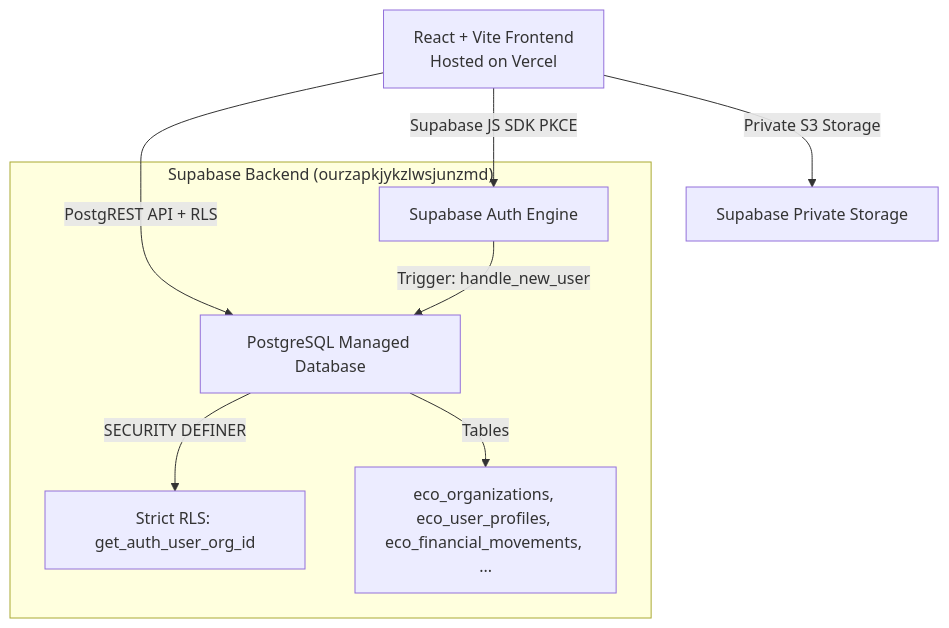
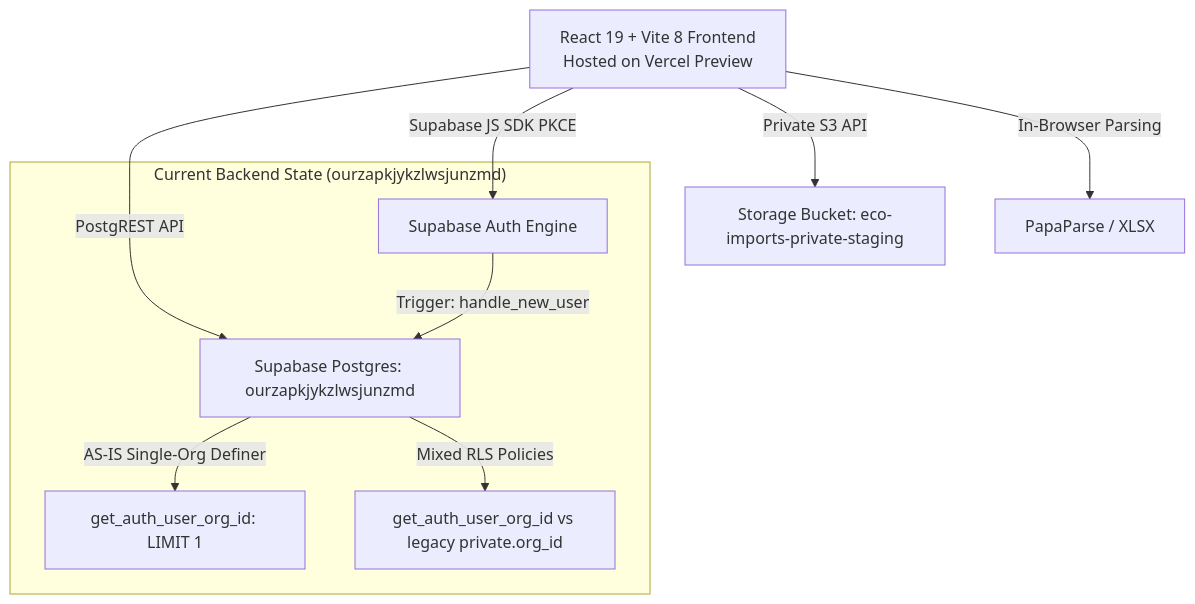
One commit to amoresemiliano/horeca_modular changed the first of 2 diagrams in docs/ARCHITECTURE.md. Above: the diagram before and after it, drawn with Mermaid. The commit also changed other lines of this file and 7 other files, not shown here.

````diff
--- a/docs/ARCHITECTURE.md
+++ b/docs/ARCHITECTURE.md
@@ -6,12 +10,13 @@
 ```mermaid
 graph TD
-    Client[React + Vite Frontend\nHosted on Vercel] -->|Supabase JS SDK PKCE| SupabaseAuth[Supabase Auth Engine]
-    Client -->|PostgREST API + RLS| SupabaseDB[PostgreSQL Managed Database]
-    Client -->|Private S3 Storage| SupabaseStore[Supabase Private Storage]
+    Client[React 19 + Vite 8 Frontend\nHosted on Vercel Preview] -->|Supabase JS SDK PKCE| SupabaseAuth[Supabase Auth Engine]
+    Client -->|PostgREST API| SupabaseDB[Supabase Postgres: ourzapkjykzlwsjunzmd]
+    Client -->|Private S3 API| SupabaseStore[Storage Bucket: eco-imports-private-staging]
+    Client -->|In-Browser Parsing| LocalParsers[PapaParse / XLSX]
     
-    subgraph "Supabase Backend (ourzapkjykzlwsjunzmd)"
+    subgraph "Current Backend State (ourzapkjykzlwsjunzmd)"
         SupabaseAuth -->|Trigger: handle_new_user| SupabaseDB
-        SupabaseDB -->|SECURITY DEFINER| RLS[Strict RLS: get_auth_user_org_id]
-        SupabaseDB -->|Tables| Schemas[eco_organizations, eco_user_profiles, eco_financial_movements, ...]
+        SupabaseDB -->|AS-IS Single-Org Definer| Helper[get_auth_user_org_id: LIMIT 1]
+        SupabaseDB -->|Mixed RLS Policies| Policies[get_auth_user_org_id vs legacy private.org_id]
     end
 ```
````
